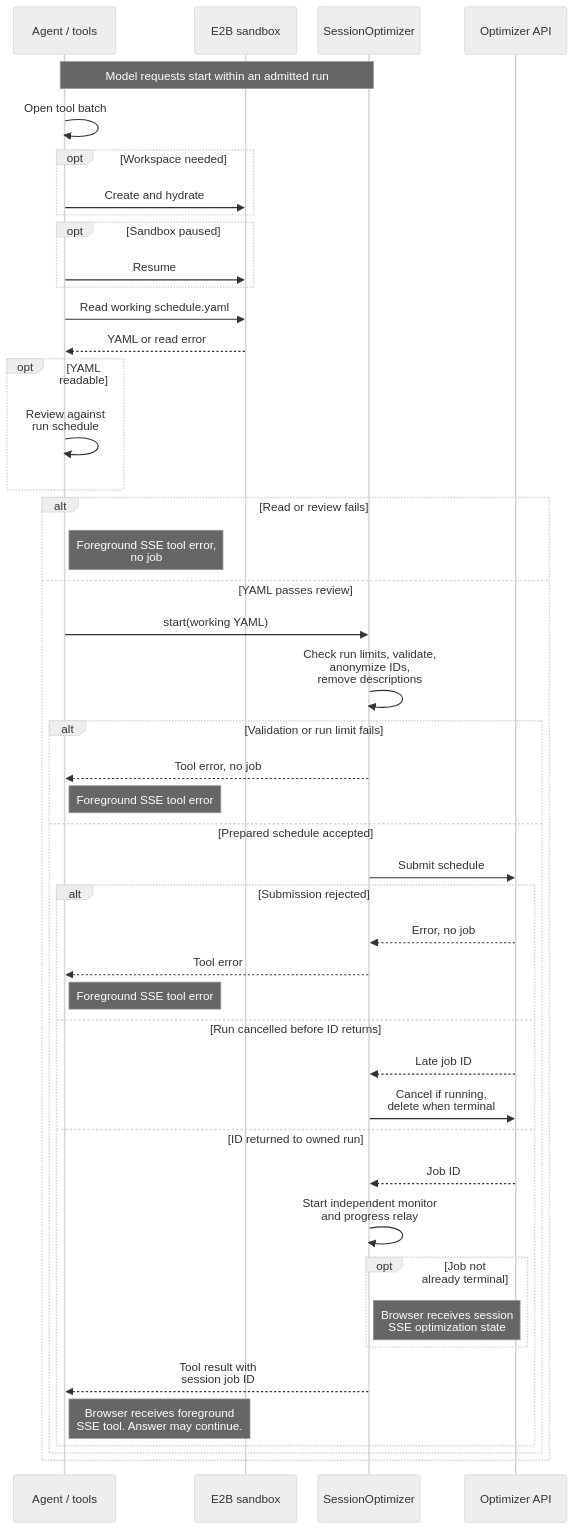
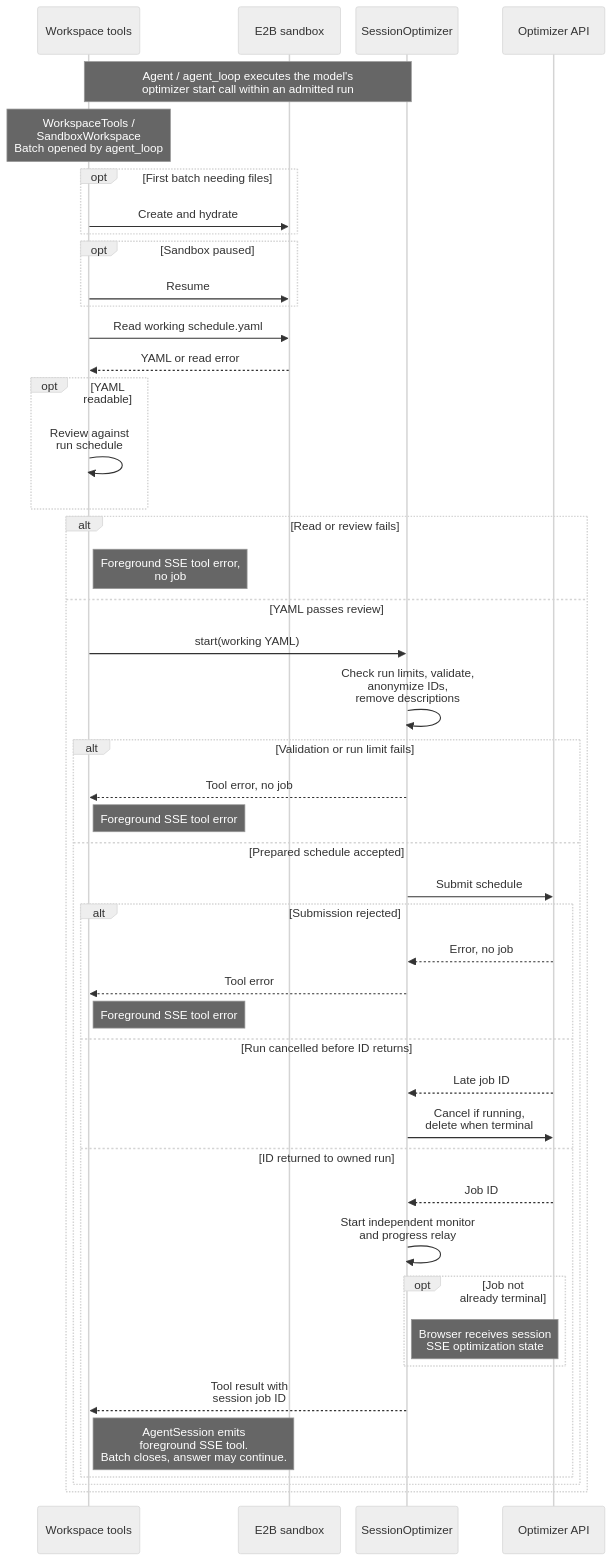
The tenth of 14 diagrams in docs/content/developer-guide/ai-assistant.md (j3soon/nurse-scheduling), drawn with Mermaid (neutral theme) before and after one commit. The commit also changed other lines of this file and 1 other file, not shown here.

First line of the commit message:
docs(ai): clarify runtime flow and diagram relationships

````diff
--- a/docs/content/developer-guide/ai-assistant.md
+++ b/docs/content/developer-guide/ai-assistant.md
@@ -548,60 +504,60 @@
 ```mermaid
 ---
 config:
   sequence:
     actorMargin: 12
     width: 140
     diagramMarginX: 4
     diagramMarginY: 8
     wrap: false
     wrapPadding: 4
 ---
 sequenceDiagram
-    participant Agent as Agent / tools
+    participant Agent as Workspace tools
     participant E2B as E2B sandbox
     participant Jobs as SessionOptimizer
     participant API as Optimizer API
 
-    Note over Agent,Jobs: Model requests start within an admitted run
-    Agent->>Agent: Open tool batch
-    opt Workspace needed
+    Note over Agent,Jobs: Agent / agent_loop executes the model's<br/>optimizer start call within an admitted run
+    Note over Agent: WorkspaceTools /<br/>SandboxWorkspace<br/>Batch opened by agent_loop
+    opt First batch needing files
         Agent->>E2B: Create and hydrate
     end
     opt Sandbox paused
         Agent->>E2B: Resume
     end
     Agent->>E2B: Read working schedule.yaml
     E2B-->>Agent: YAML or read error
     opt YAML readable
         Agent->>Agent: Review against<br/>run schedule
     end
     alt Read or review fails
         Note right of Agent: Foreground SSE tool error,<br/>no job
     else YAML passes review
         Agent->>Jobs: start(working YAML)
         Jobs->>Jobs: Check run limits, validate,<br/>anonymize IDs,<br/>remove descriptions
         alt Validation or run limit fails
             Jobs-->>Agent: Tool error, no job
             Note right of Agent: Foreground SSE tool error
         else Prepared schedule accepted
             Jobs->>API: Submit schedule
             alt Submission rejected
                 API-->>Jobs: Error, no job
                 Jobs-->>Agent: Tool error
                 Note right of Agent: Foreground SSE tool error
             else Run cancelled before ID returns
                 API-->>Jobs: Late job ID
                 Jobs->>API: Cancel if running,<br/>delete when terminal
             else ID returned to owned run
                 API-->>Jobs: Job ID
                 Jobs->>Jobs: Start independent monitor<br/>and progress relay
                 opt Job not<br/>already terminal
                     Note right of Jobs: Browser receives session<br/>SSE optimization state
                 end
                 Jobs-->>Agent: Tool result with<br/>session job ID
-                Note right of Agent: Browser receives foreground<br/>SSE tool. Answer may continue.
+                Note right of Agent: AgentSession emits<br/>foreground SSE tool.<br/>Batch closes, answer may continue.
             end
         end
     end
 
 ```
````
